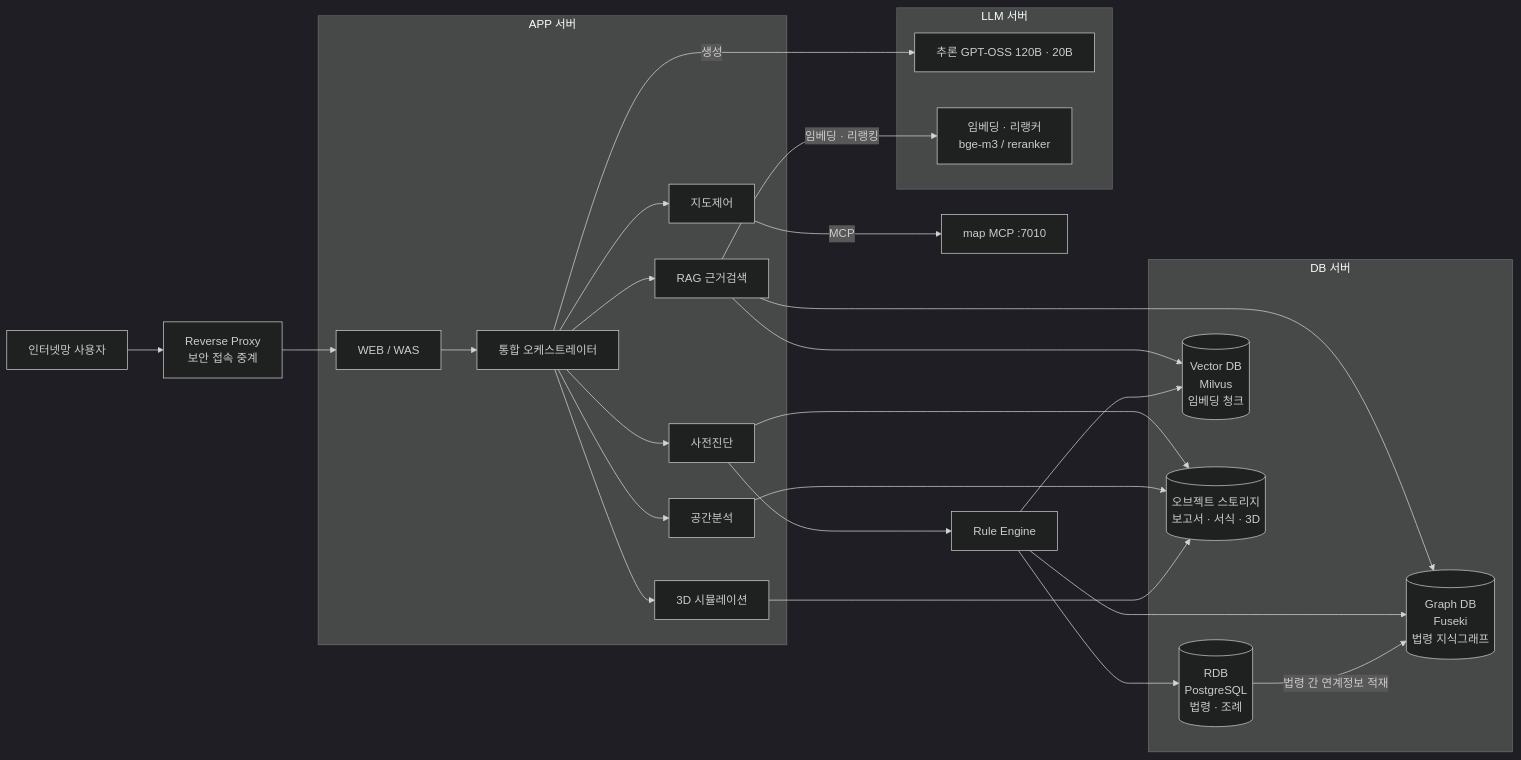
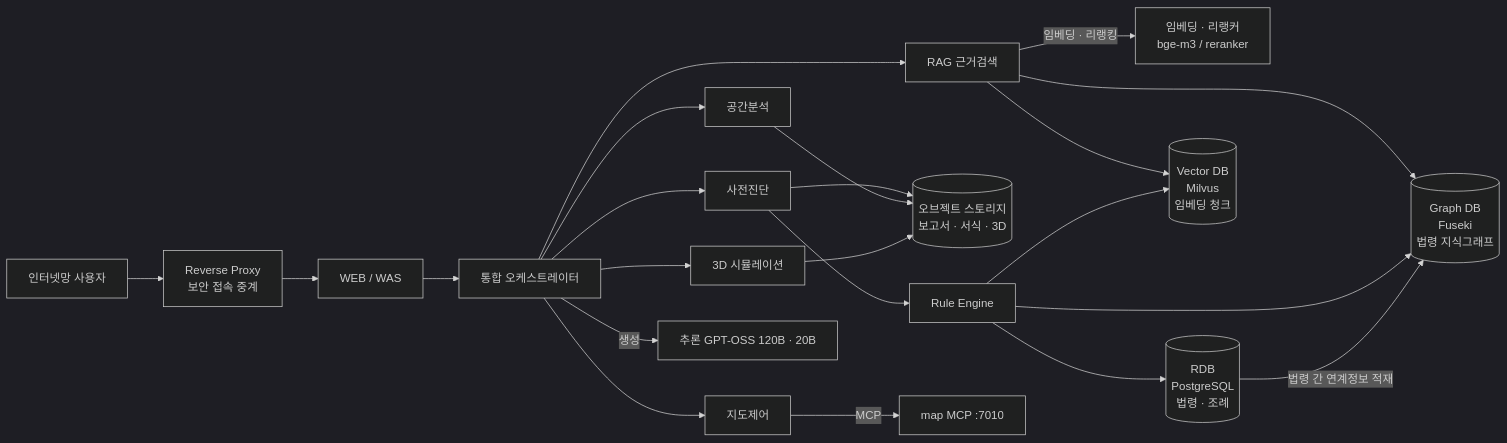
Before and after one commit to madlrengg100/permit-copilot: the second of 15 diagrams in docs/MCP-AGENT-SEQUENCE.md, drawn with Mermaid (dark theme). The commit also changed other lines of this file, not shown here.

Commit message:
Add layer composition per structure diagram; flatten deployment diagram

````diff
--- a/docs/MCP-AGENT-SEQUENCE.md
+++ b/docs/MCP-AGENT-SEQUENCE.md
@@ -75,40 +125,34 @@
 ```mermaid
 flowchart LR
     U["인터넷망 사용자"] --> RP["Reverse Proxy<br/>보안 접속 중계"]
     RP --> WAS
 
-    subgraph APP["APP 서버"]
-        WAS["WEB / WAS"] --> MO["통합 오케스트레이터"]
-        MO --> RAG["RAG 근거검색"]
-        MO --> A1["사전진단"]
-        MO --> A2["지도제어"]
-        MO --> A3["공간분석"]
-        MO --> A4["3D 시뮬레이션"]
-    end
+    WAS["WEB / WAS"] --> MO["통합 오케스트레이터"]
+    MO --> RAG["RAG 근거검색"]
+    MO --> A1["사전진단"]
+    MO --> A2["지도제어"]
+    MO --> A3["공간분석"]
+    MO --> A4["3D 시뮬레이션"]
 
-    subgraph LLMS["LLM 서버"]
-        INF["추론 GPT-OSS 120B · 20B"]
-        EMB["임베딩 · 리랭커<br/>bge-m3 / reranker"]
-    end
+    INF["추론 GPT-OSS 120B · 20B"]
+    EMB["임베딩 · 리랭커<br/>bge-m3 / reranker"]
 
-    subgraph DBS["DB 서버"]
-        RDB[("RDB<br/>PostgreSQL<br/>법령 · 조례")]
-        GDB[("Graph DB<br/>Fuseki<br/>법령 지식그래프")]
-        VDB[("Vector DB<br/>Milvus<br/>임베딩 청크")]
-        OBJ[("오브젝트 스토리지<br/>보고서 · 서식 · 3D")]
-    end
+    RDB[("RDB<br/>PostgreSQL<br/>법령 · 조례")]
+    GDB[("Graph DB<br/>Fuseki<br/>법령 지식그래프")]
+    VDB[("Vector DB<br/>Milvus<br/>임베딩 청크")]
+    OBJ[("오브젝트 스토리지<br/>보고서 · 서식 · 3D")]
 
     MO -->|생성| INF
     RAG -->|임베딩 · 리랭킹| EMB
     RAG --> VDB
     RAG --> GDB
     A1 --> RE["Rule Engine"]
     RE --> GDB
     RE --> VDB
     RE --> RDB
     RDB -->|법령 간 연계정보 적재| GDB
     A1 --> OBJ
     A3 --> OBJ
     A4 --> OBJ
     A2 -->|MCP| MCPS["map MCP :7010"]
 ```
````
